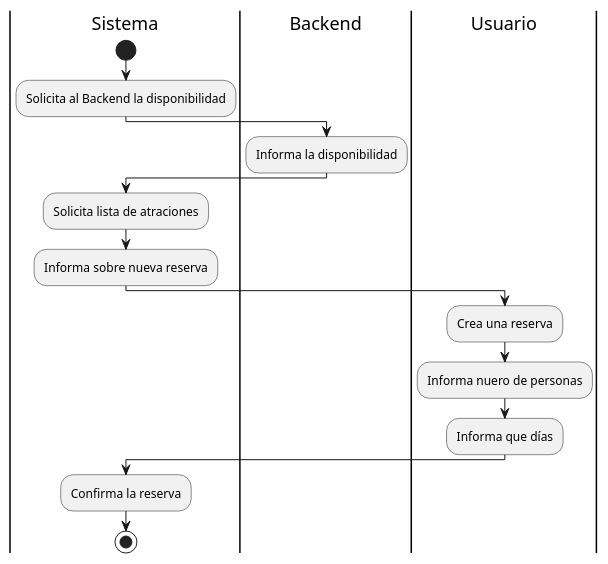
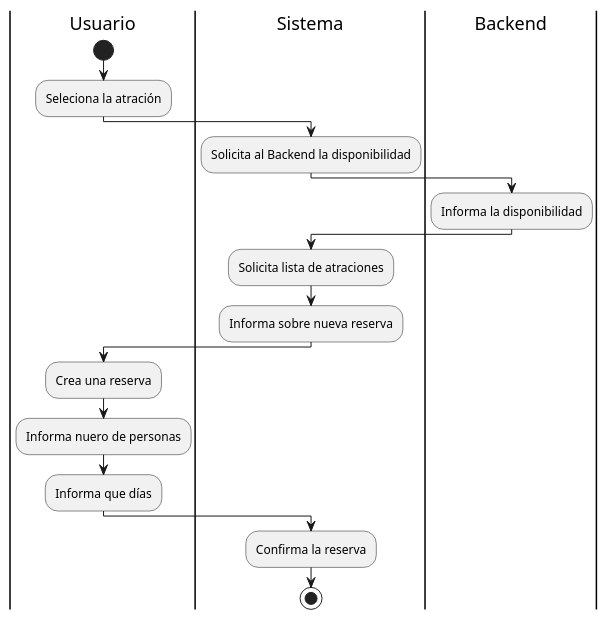
One commit to Thallys8/turismo-buenos-aires changed the diagram in docs/04-diagramas/01-diagrama-de-actividades/actividad-flujo-3-actividad-creacion-tarjetas.puml. Above: the diagram before and after it, drawn with PlantUML. The commit also changed other lines of this file, not shown here.

Commit message:
Update actividad-flujo-3-actividad-creacion-tarjetas.puml
Correción del código

```diff
--- a/docs/04-diagramas/01-diagrama-de-actividades/actividad-flujo-3-actividad-creacion-tarjetas.puml
+++ b/docs/04-diagramas/01-diagrama-de-actividades/actividad-flujo-3-actividad-creacion-tarjetas.puml
@@ -1,24 +1,27 @@
 @startuml actividad-creacion-tarjetas
+|Usuario|
+start
+:Seleciona la atración;
+
 |Sistema|
-start
 :Solicita al Backend la disponibilidad;
 
 |Backend|
 :Informa la disponibilidad;
 
 |Sistema|
 :Solicita lista de atraciones;
 
 |Sistema|
 :Informa sobre nueva reserva;
 
 |Usuario|
 :Crea una reserva;
 :Informa nuero de personas;
 :Informa que días;
 
 |Sistema|
 :Confirma la reserva;
 
 stop
 @enduml
```
